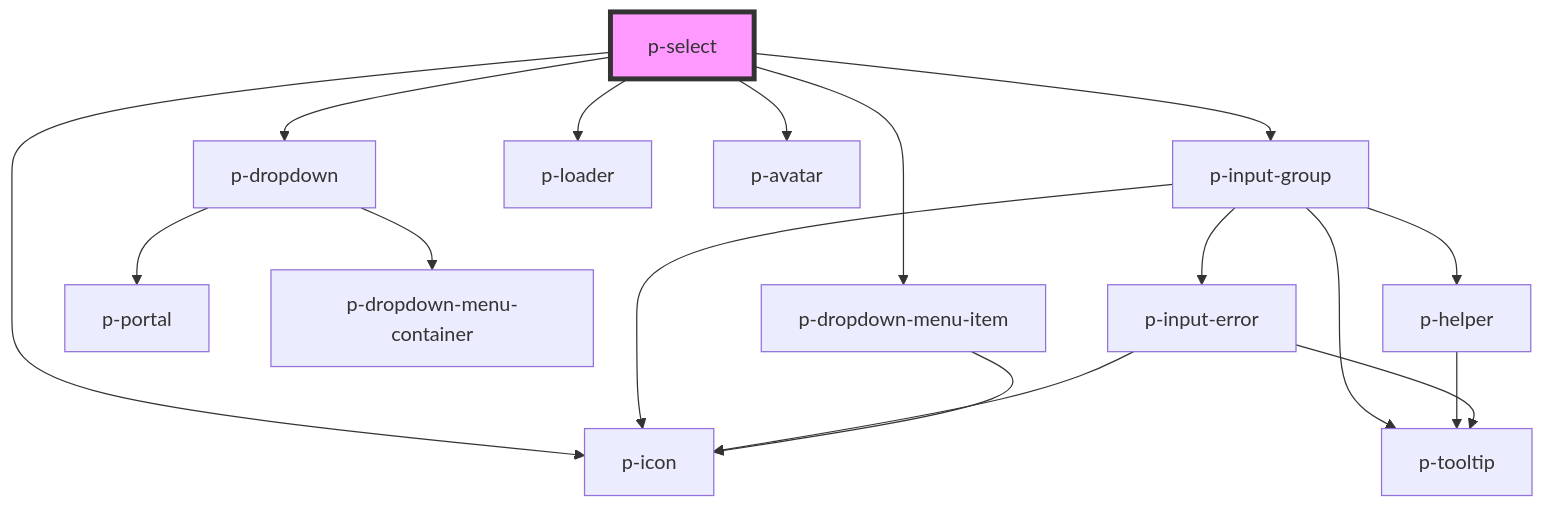
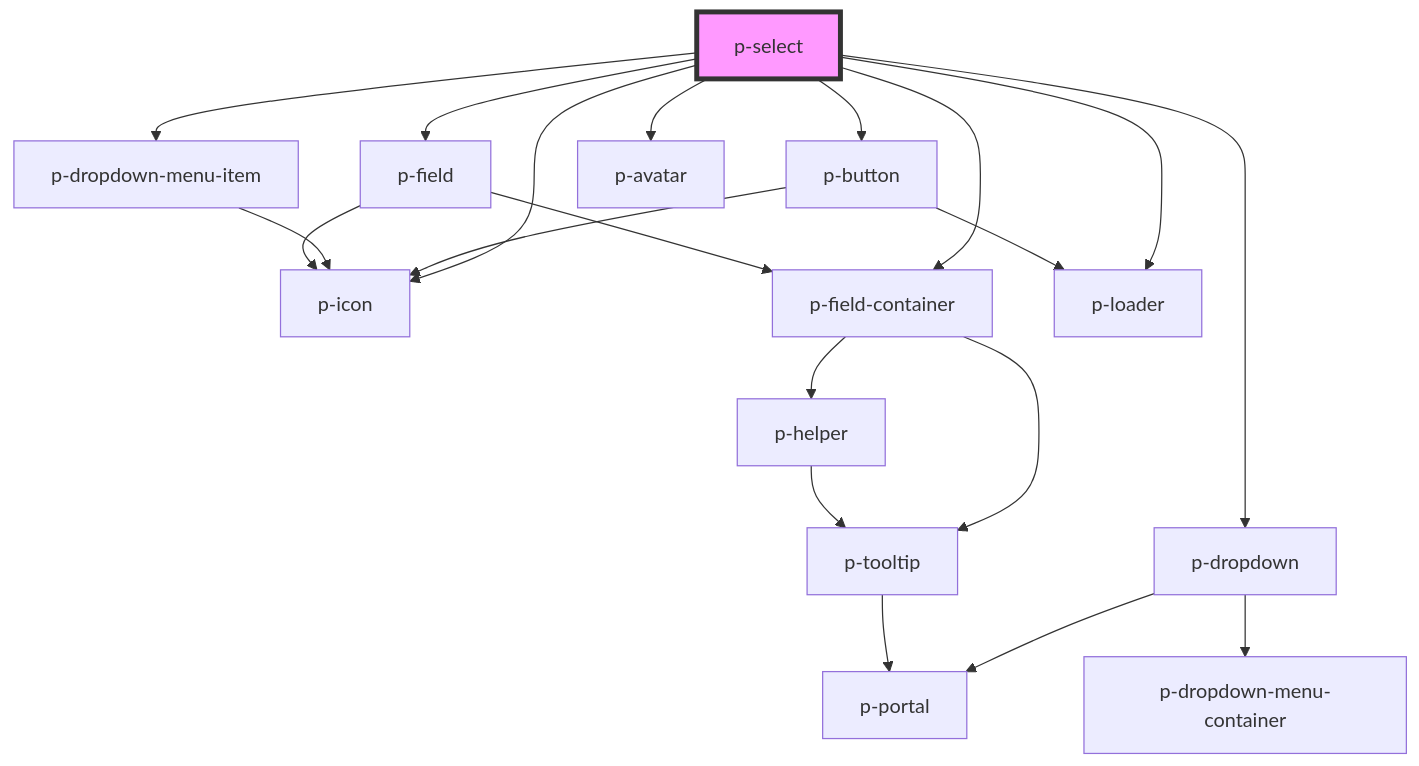
The diagram in packages/core/src/components/molecules/select/readme.md (Employes/Paperless), drawn with Mermaid before and after one commit. The commit also changed other lines of this file and 2 other files, not shown here.

Commit message:
refactor(molecules/select): Make use of field component

````diff
--- a/packages/core/src/components/molecules/select/readme.md
+++ b/packages/core/src/components/molecules/select/readme.md
@@ -75,20 +77,23 @@
 ```mermaid
 graph TD;
   p-select --> p-icon
   p-select --> p-dropdown
-  p-select --> p-input-group
+  p-select --> p-field-container
+  p-select --> p-button
   p-select --> p-dropdown-menu-item
   p-select --> p-loader
+  p-select --> p-field
   p-select --> p-avatar
   p-dropdown --> p-portal
   p-dropdown --> p-dropdown-menu-container
-  p-input-group --> p-helper
-  p-input-group --> p-tooltip
-  p-input-group --> p-icon
-  p-input-group --> p-input-error
+  p-field-container --> p-helper
+  p-field-container --> p-tooltip
   p-helper --> p-tooltip
-  p-input-error --> p-tooltip
-  p-input-error --> p-icon
+  p-tooltip --> p-portal
+  p-button --> p-icon
+  p-button --> p-loader
   p-dropdown-menu-item --> p-icon
+  p-field --> p-field-container
+  p-field --> p-icon
   style p-select fill:#f9f,stroke:#333,stroke-width:4px
 ```
````
